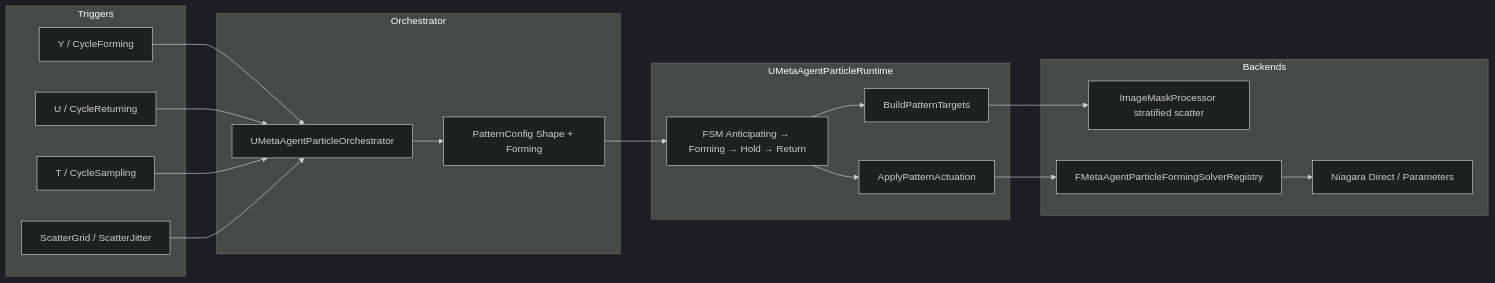
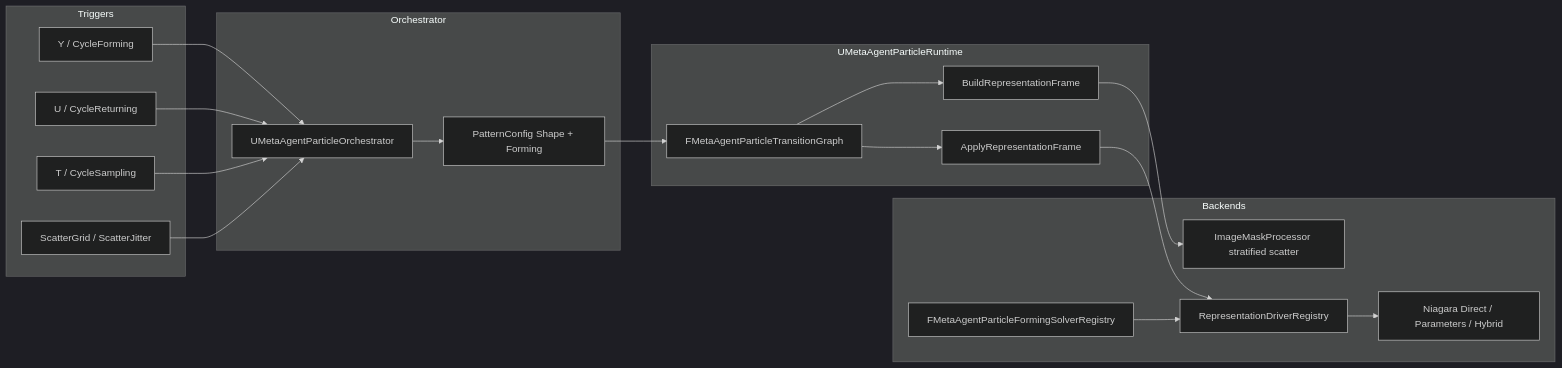
Before and after one commit to vecnode/metaagent-ue5-plugin: the ninth of 14 diagrams in README.md, drawn with Mermaid (dark theme). The commit also changed other lines of this file and 20 other files, not shown here.

````diff
--- a/README.md
+++ b/README.md
@@ -686,38 +695,40 @@
 ```mermaid
 flowchart LR
     subgraph Triggers
         Y[Y / CycleForming]
         U[U / CycleReturning]
         T[T / CycleSampling]
         SG[ScatterGrid / ScatterJitter]
     end
 
     subgraph Orchestrator
         ORCH[UMetaAgentParticleOrchestrator]
         CFG[PatternConfig Shape + Forming]
     end
 
     subgraph Runtime["UMetaAgentParticleRuntime"]
-        FSM[FSM Anticipating → Forming → Hold → Return]
-        BUILD[BuildPatternTargets]
-        ACT[ApplyPatternActuation]
+        FSM[FMetaAgentParticleTransitionGraph]
+        BUILD[BuildRepresentationFrame]
+        ACT[ApplyRepresentationFrame]
     end
 
     subgraph Backends
         MASK[ImageMaskProcessor stratified scatter]
         FORM[FMetaAgentParticleFormingSolverRegistry]
-        NIAG[Niagara Direct / Parameters]
+        DRV[RepresentationDriverRegistry]
+        NIAG[Niagara Direct / Parameters / Hybrid]
     end
 
     Y --> ORCH
     U --> ORCH
     T --> ORCH
     SG --> ORCH
     ORCH --> CFG
     CFG --> FSM
     FSM --> BUILD
     BUILD --> MASK
     FSM --> ACT
-    ACT --> FORM
-    FORM --> NIAG
+    ACT --> DRV
+    FORM --> DRV
+    DRV --> NIAG
 ```
````
